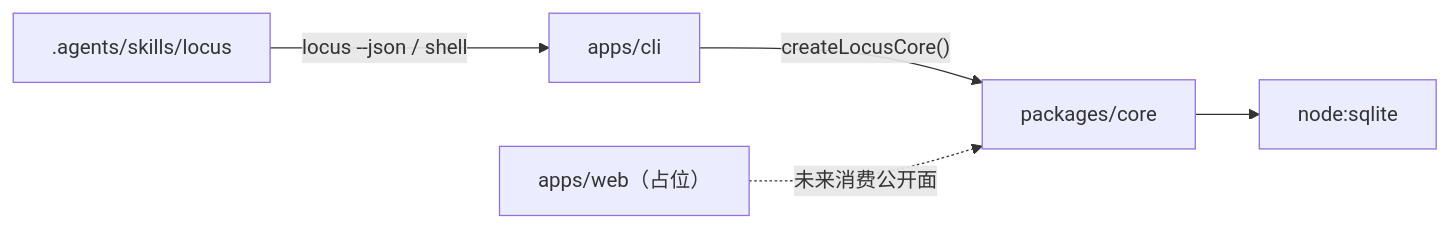
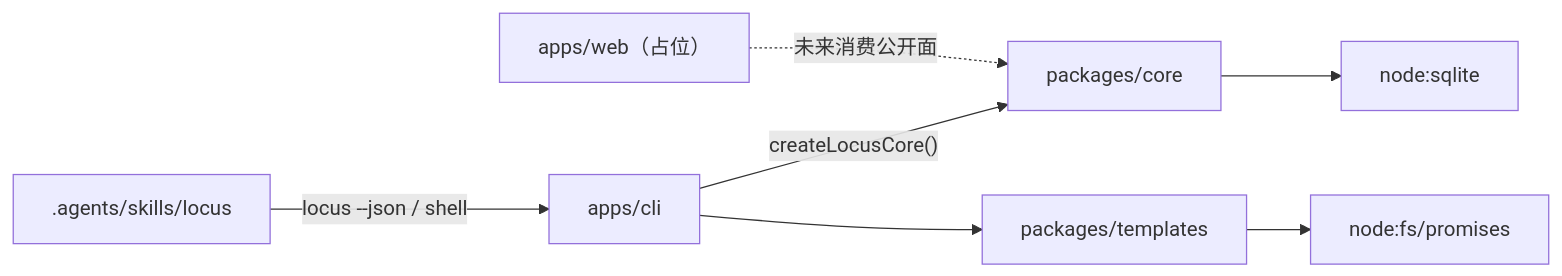
One commit to SWdrift/locus-workspace changed the diagram in docs/architecture.md. Above: the diagram before and after it, drawn with Mermaid. The commit also changed other lines of this file and 13 other files, not shown here.

````diff
--- a/docs/architecture.md
+++ b/docs/architecture.md
@@ -22,7 +23,9 @@
 ```mermaid
 flowchart LR
     CLI["apps/cli"] -->|"createLocusCore()"| CORE["packages/core"]
     SKILL[".agents/skills/locus"] -->|"locus --json / shell"| CLI
     CORE --> SQLITE["node:sqlite"]
+    CLI --> TPL["packages/templates"]
+    TPL --> FS["node:fs/promises"]
     WEB["apps/web（占位）"] -.->|"未来消费公开面"| CORE
 ```
````
